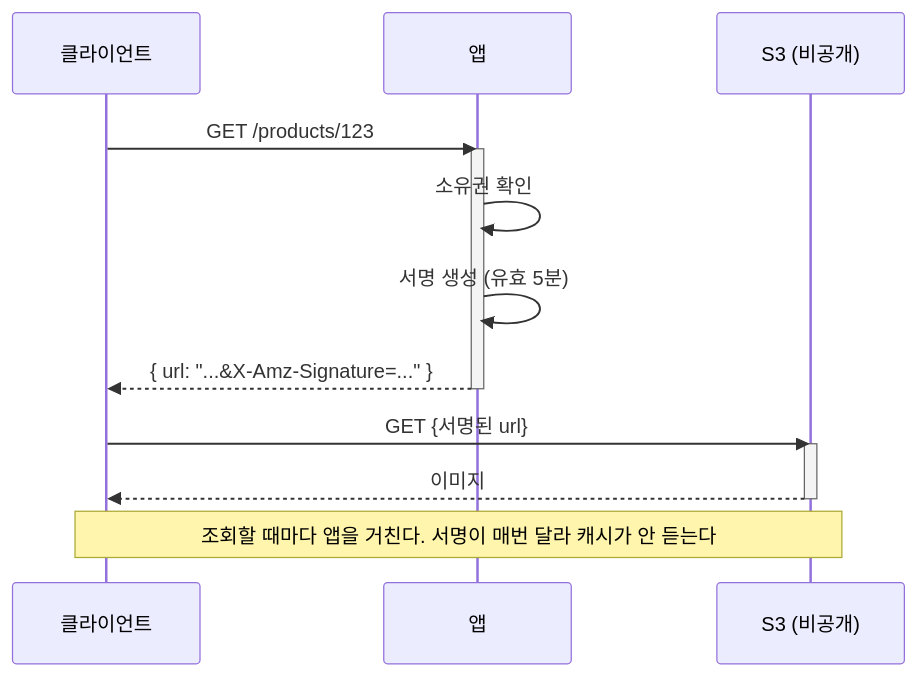
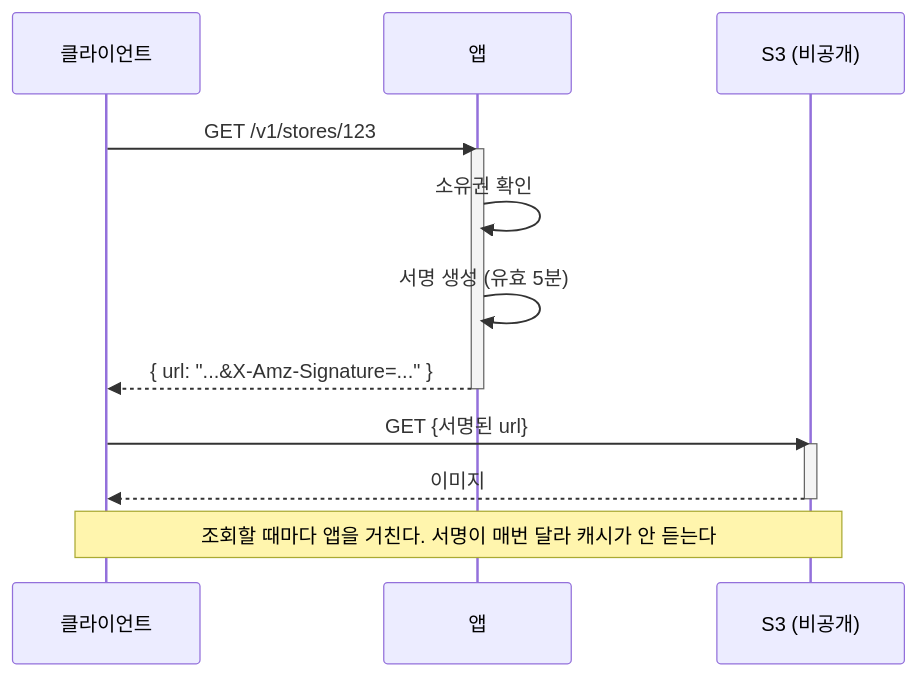
One commit to lunch-catch/lc-infra changed the first of 8 diagrams in docs/system-design/백엔드공통_이미지저장소_설계.md. Above: the diagram before and after it, drawn with Mermaid. The commit also changed other lines of this file, not shown here.

````diff
--- a/docs/system-design/백엔드공통_이미지저장소_설계.md
+++ b/docs/system-design/백엔드공통_이미지저장소_설계.md
@@ -42,20 +59,20 @@
 ```mermaid
 sequenceDiagram
     participant C as 클라이언트
     participant A as 앱
     participant S as S3 (비공개)
 
-    C->>A: GET /products/123
+    C->>A: GET /v1/stores/123
     activate A
     A->>A: 소유권 확인
     A->>A: 서명 생성 (유효 5분)
     A-->>C: { url: "...&X-Amz-Signature=..." }
     deactivate A
 
     C->>S: GET {서명된 url}
     activate S
     S-->>C: 이미지
     deactivate S
 
     Note over C,S: 조회할 때마다 앱을 거친다. 서명이 매번 달라 캐시가 안 듣는다
 ```
````
